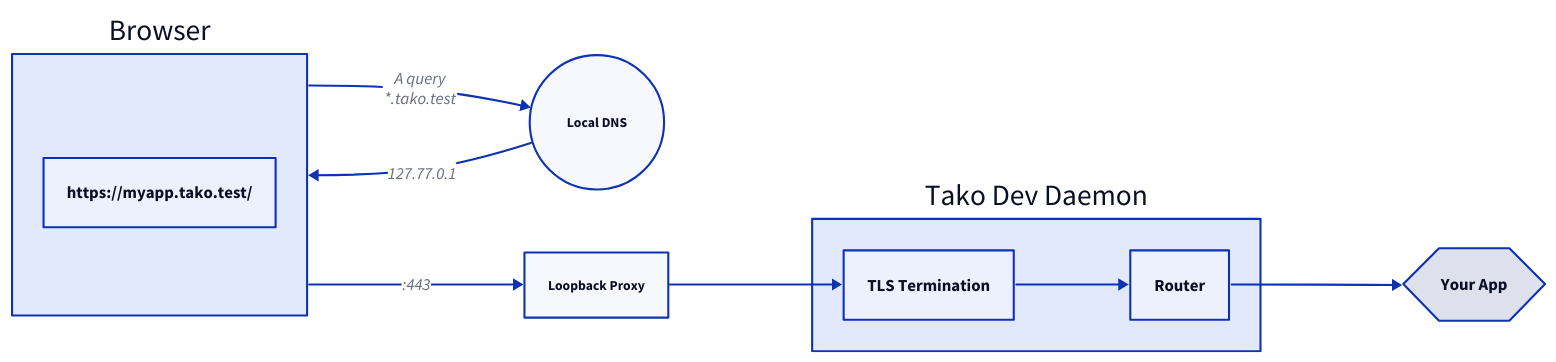
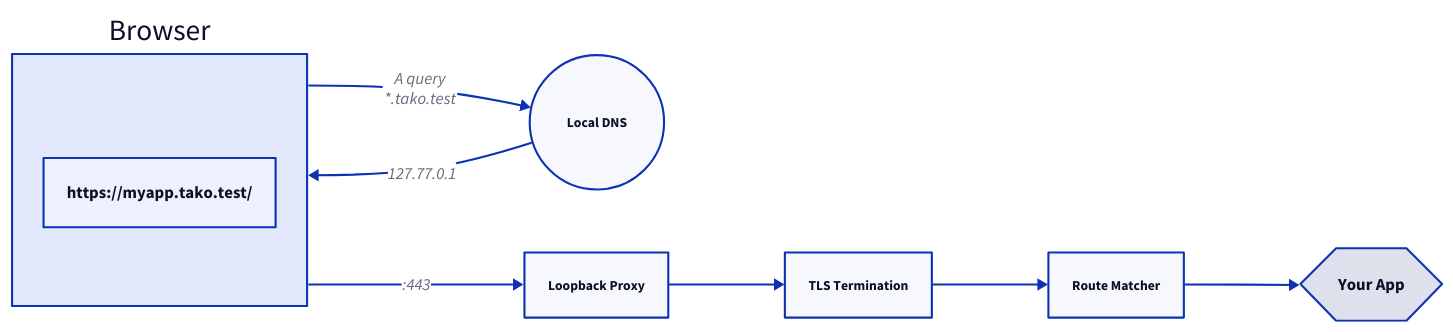
The diagram in website/src/pages/blog/local-dev-with-real-https.md (lilienblum/tako), drawn with D2 before and after one commit. The commit also changed 20 other files, not shown here.

First line of the commit message:
feat(website): add PostHog analytics, light-only D2 pipeline, and diagram lightbox

````diff
--- a/website/src/pages/blog/local-dev-with-real-https.md
+++ b/website/src/pages/blog/local-dev-with-real-https.md
@@ -46,32 +46,35 @@
 ```d2
 direction: right
 
 browser: Browser {
   url: "https://myapp.tako.test/"
 }
 
 dns: Local DNS {
   shape: circle
   style.font-size: 13
 }
 
 proxy: Loopback Proxy {
   style.font-size: 13
 }
 
-daemon: Tako Dev Daemon {
-  tls: TLS Termination
-  router: Router
+tls: TLS Termination {
+  style.font-size: 13
+}
+
+router: Route Matcher {
+  style.font-size: 13
 }
 
 app: Your App {
   shape: hexagon
 }
 
 browser -> dns: "A query\n*.tako.test"
 dns -> browser: "127.77.0.1"
 browser -> proxy: ":443"
-proxy -> daemon.tls
-daemon.tls -> daemon.router
-daemon.router -> app
+proxy -> tls
+tls -> router
+router -> app
 ```
````
